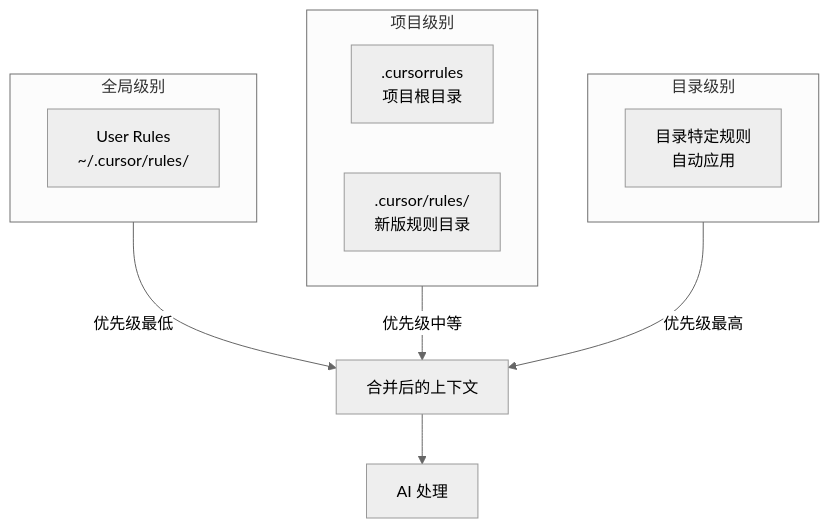
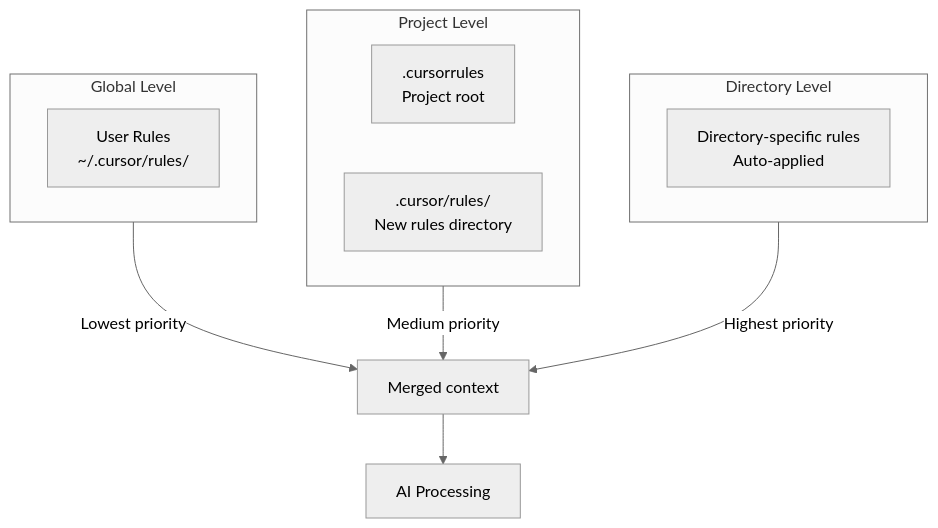
The fourth of 6 diagrams in 02-rules/README.md (DDR187/cursor-howto), drawn with Mermaid (neutral theme) before and after one commit. The commit also changed other lines of this file and 22 other files, not shown here.

````diff
--- a/02-rules/README.md
+++ b/02-rules/README.md
@@ -95,21 +95,21 @@
 ```mermaid
 flowchart TB
-    subgraph Global["全局级别"]
+    subgraph Global["Global Level"]
         G[User Rules<br/>~/.cursor/rules/]
     end
     
-    subgraph Project["项目级别"]
-        P1[.cursorrules<br/>项目根目录]
-        P2[.cursor/rules/<br/>新版规则目录]
+    subgraph Project["Project Level"]
+        P1[.cursorrules<br/>Project root]
+        P2[.cursor/rules/<br/>New rules directory]
     end
     
-    subgraph Directory["目录级别"]
-        D[目录特定规则<br/>自动应用]
+    subgraph Directory["Directory Level"]
+        D[Directory-specific rules<br/>Auto-applied]
     end
     
-    Global --> |"优先级最低"| Merge
-    Project --> |"优先级中等"| Merge
-    Directory --> |"优先级最高"| Merge
+    Global --> |"Lowest priority"| Merge
+    Project --> |"Medium priority"| Merge
+    Directory --> |"Highest priority"| Merge
     
-    Merge[合并后的上下文] --> AI[AI 处理]
+    Merge[Merged context] --> AI[AI Processing]
 ```
````
